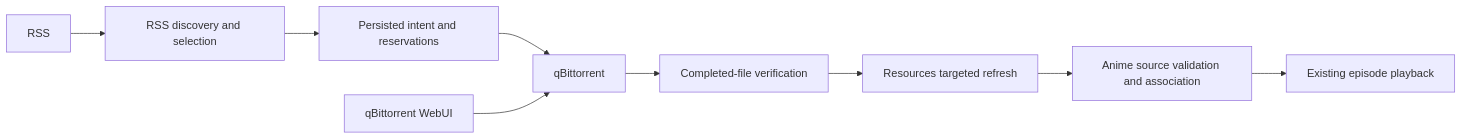
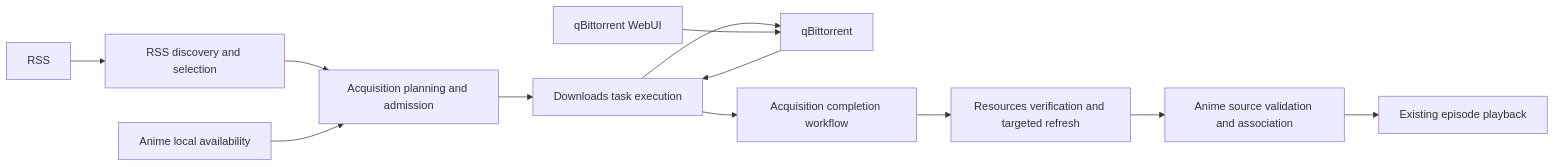
One commit to qw0er/Anishelf changed the first of 2 diagrams in docs/current-architecture.md. Above: the diagram before and after it, drawn with Mermaid. The commit also changed other lines of this file and 23 other files, not shown here.

Commit message:
refactor(acquisition): separate download execution from acquisition workflows

````diff
--- a/docs/current-architecture.md
+++ b/docs/current-architecture.md
@@ -17,11 +17,14 @@
 ```mermaid
 flowchart LR
     RSS --> Discovery[RSS discovery and selection]
-    Discovery --> Intent[Persisted intent and reservations]
-    Intent --> Q[qBittorrent]
-    Q --> Verify[Completed-file verification]
-    Verify --> Resources[Resources targeted refresh]
+    Discovery --> Plan[Acquisition planning and admission]
+    Catalog[Anime local availability] --> Plan
+    Plan --> Downloads[Downloads task execution]
+    Downloads --> Q[qBittorrent]
+    Q --> Downloads
+    Downloads --> Ingest[Acquisition completion workflow]
+    Ingest --> Resources[Resources verification and targeted refresh]
     Resources --> Anime[Anime source validation and association]
     Anime --> Library[Existing episode playback]
     WebUI[qBittorrent WebUI] --> Q
 ```
````
